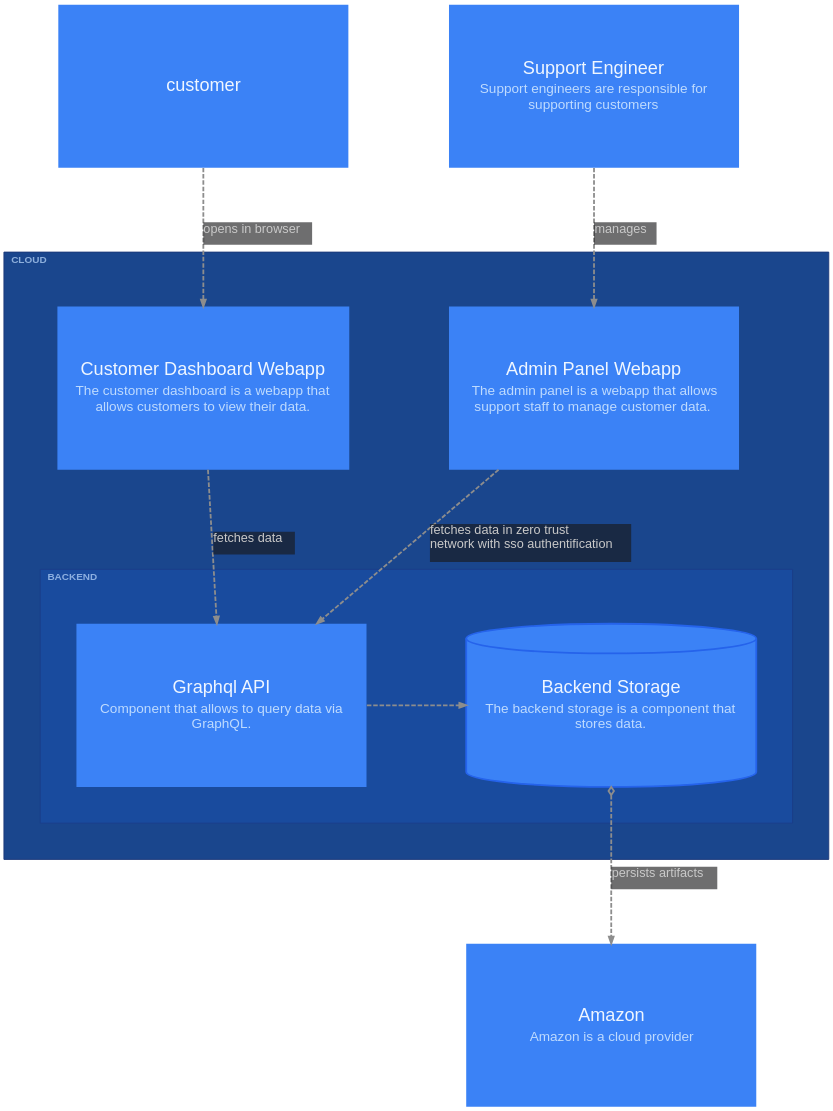
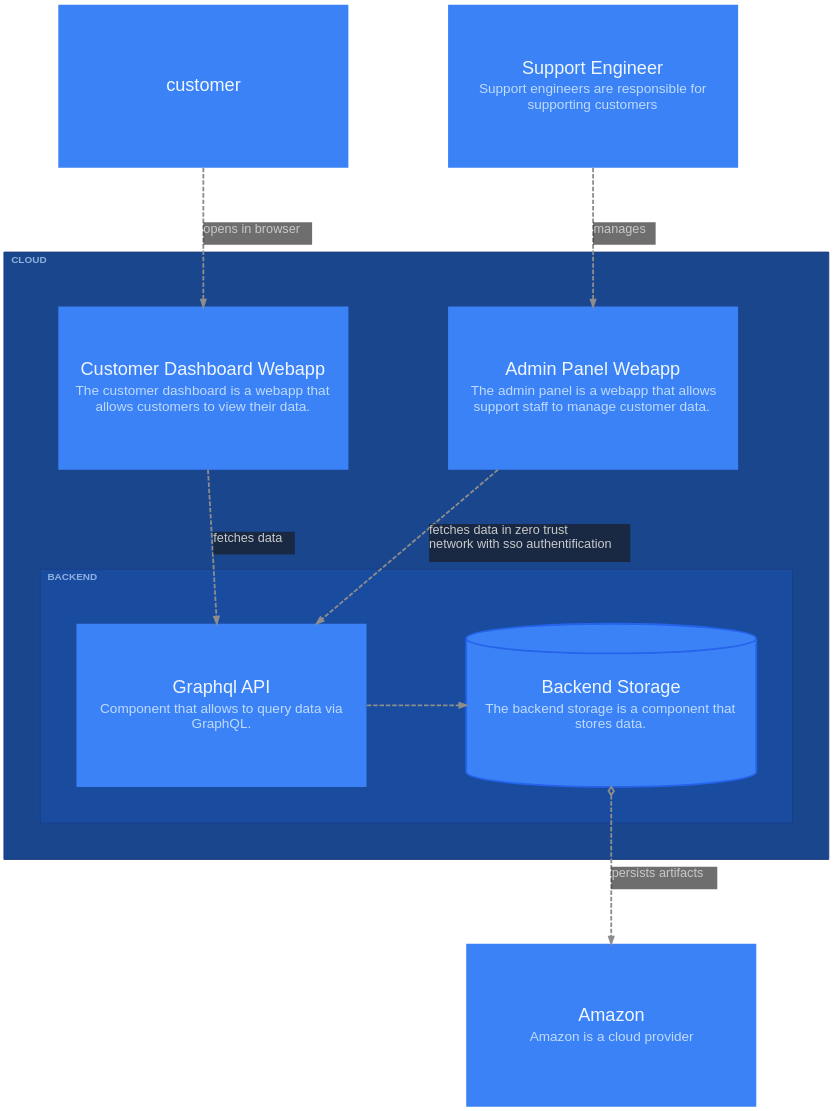
One commit to likec4/likec4 changed the diagram in packages/layouts/src/graphviz/__snapshots__/ElementViewPrinter-cloud3levels.dot. Above: the diagram before and after it, drawn with Graphviz. The commit also changed 19 other files, not shown here.

First line of the commit message:
feat: measure element nodes with the diagram font

```diff
--- a/packages/layouts/src/graphviz/__snapshots__/ElementViewPrinter-cloud3levels.dot
+++ b/packages/layouts/src/graphviz/__snapshots__/ElementViewPrinter-cloud3levels.dot
@@ -1,157 +1,164 @@
 digraph {
   likec4_viewId = "cloud3levels";
   bgcolor = "transparent";
   layout = "dot";
   compound = true;
   rankdir = "TB";
   TBbalance = "min";
   splines = "spline";
   outputorder = "nodesfirst";
   nodesep = 1.528;
   ranksep = 1.667;
   pad = 0.209;
   fontname = "Arial";
   graph [
     fontsize = 20;
     labeljust = "l";
     labelloc = "t";
     margin = 50.1;
   ];
   edge [
     arrowsize = 0.75;
     fontname = "Arial";
     fontsize = 14;
     penwidth = 2;
     color = "#8D8D8D";
     fontcolor = "#C9C9C9";
     style = "dashed";
   ];
   node [
     fontname = "Arial";
     shape = "rect";
     fillcolor = "#3b82f6";
     fontcolor = "#eff6ff";
     color = "#2563eb";
     style = "filled";
     penwidth = 0;
   ];
   "customer" [
     likec4_id = "customer";
     likec4_level = 0;
     label = <<FONT POINT-SIZE="20">customer</FONT>>;
     margin = "0.223,0.223";
     width = 4.445;
     height = 2.5;
+    fixedsize = true;
   ];
   "support" [
     likec4_id = "support";
     likec4_level = 0;
     label = <<TABLE BORDER="0" CELLPADDING="0" CELLSPACING="4"><TR><TD><FONT POINT-SIZE="20">Support Engineer</FONT></TD></TR><TR><TD><FONT POINT-SIZE="15" COLOR="#bfdbfe">Support engineers are responsible for<BR/>supporting customers</FONT></TD></TR></TABLE>>;
     margin = "0.223,0.223";
     width = 4.445;
     height = 2.5;
+    fixedsize = true;
   ];
   "dashboard" [
     likec4_id = "cloud.frontend.dashboard";
     likec4_level = 1;
     label = <<TABLE BORDER="0" CELLPADDING="0" CELLSPACING="4"><TR><TD><FONT POINT-SIZE="20">Customer Dashboard Webapp</FONT></TD></TR><TR><TD><FONT POINT-SIZE="15" COLOR="#bfdbfe">The customer dashboard is a webapp that<BR/>allows customers to view their data.</FONT></TD></TR></TABLE>>;
     margin = "0.223,0.223";
     width = 4.445;
     height = 2.5;
+    fixedsize = true;
     group = "cloud";
   ];
   "adminpanel" [
     likec4_id = "cloud.frontend.adminPanel";
     likec4_level = 1;
     label = <<TABLE BORDER="0" CELLPADDING="0" CELLSPACING="4"><TR><TD><FONT POINT-SIZE="20">Admin Panel Webapp</FONT></TD></TR><TR><TD><FONT POINT-SIZE="15" COLOR="#bfdbfe">The admin panel is a webapp that allows<BR/>support staff to manage customer data.</FONT></TD></TR></TABLE>>;
     margin = "0.223,0.223";
     width = 4.445;
     height = 2.5;
+    fixedsize = true;
     group = "cloud";
   ];
   "graphql" [
     likec4_id = "cloud.backend.graphql";
     likec4_level = 2;
     label = <<TABLE BORDER="0" CELLPADDING="0" CELLSPACING="4"><TR><TD><FONT POINT-SIZE="20">Graphql API</FONT></TD></TR><TR><TD><FONT POINT-SIZE="15" COLOR="#bfdbfe">Component that allows to query data via<BR/>GraphQL.</FONT></TD></TR></TABLE>>;
     margin = "0.223,0.223";
     width = 4.445;
     height = 2.5;
+    fixedsize = true;
     group = "cloud";
   ];
   "storage" [
     likec4_id = "cloud.backend.storage";
     likec4_level = 2;
     label = <<TABLE BORDER="0" CELLPADDING="0" CELLSPACING="4"><TR><TD><FONT POINT-SIZE="20">Backend Storage</FONT></TD></TR><TR><TD><FONT POINT-SIZE="15" COLOR="#bfdbfe">The backend storage is a component that<BR/>stores data.</FONT></TD></TR></TABLE>>;
     margin = "0.223,0";
     width = 4.445;
     height = 2.5;
+    fixedsize = true;
     penwidth = 2;
     shape = "cylinder";
     group = "cloud";
   ];
   "amazon" [
     likec4_id = "amazon";
     likec4_level = 0;
     label = <<TABLE BORDER="0" CELLPADDING="0" CELLSPACING="4"><TR><TD><FONT POINT-SIZE="20">Amazon</FONT></TD></TR><TR><TD><FONT POINT-SIZE="15" COLOR="#bfdbfe">Amazon is a cloud provider</FONT></TD></TR></TABLE>>;
     margin = "0.223,0.223";
     width = 4.445;
     height = 2.5;
+    fixedsize = true;
   ];
   subgraph "cluster_cloud" {
     likec4_id = "cloud";
     likec4_level = 0;
     likec4_depth = 2;
     fillcolor = "#1a468d";
     color = "#1c3979";
     style = "filled";
     margin = 40;
     label = <<FONT POINT-SIZE="11" COLOR="#bfdbfeb3"><B>CLOUD</B></FONT>>;
     "dashboard";
     "adminpanel";
     subgraph "cluster_backend" {
       likec4_id = "cloud.backend";
       likec4_level = 1;
       likec4_depth = 1;
       fillcolor = "#194b9e";
       color = "#1b3d88";
       style = "filled";
       margin = 40;
       label = <<FONT POINT-SIZE="11" COLOR="#bfdbfeb3"><B>BACKEND</B></FONT>>;
       "graphql";
       "storage";
     }
   }
   "customer" -> "dashboard" [
     likec4_id = "customer:cloud.frontend.dashboard";
     label = <<TABLE FIXEDSIZE="TRUE" WIDTH="120" HEIGHT="25" BORDER="0" CELLPADDING="0" CELLSPACING="0" BGCOLOR="#18191BA0"><TR><TD ALIGN="TEXT" BALIGN="LEFT"><FONT POINT-SIZE="14">opens in browser</FONT></TD></TR></TABLE>>;
     arrowhead = "normal";
   ];
   "support" -> "adminpanel" [
     likec4_id = "support:cloud.frontend.adminPanel";
     label = <<TABLE FIXEDSIZE="TRUE" WIDTH="69" HEIGHT="25" BORDER="0" CELLPADDING="0" CELLSPACING="0" BGCOLOR="#18191BA0"><TR><TD ALIGN="TEXT" BALIGN="LEFT"><FONT POINT-SIZE="14">manages</FONT></TD></TR></TABLE>>;
     arrowhead = "normal";
   ];
   "adminpanel" -> "graphql" [
     likec4_id = "cloud.frontend.adminPanel:cloud.backend.graphql";
     label = <<TABLE FIXEDSIZE="TRUE" WIDTH="222" HEIGHT="42" BORDER="0" CELLPADDING="0" CELLSPACING="0" BGCOLOR="#18191BA0"><TR><TD ALIGN="TEXT" BALIGN="LEFT"><FONT POINT-SIZE="14">fetches data in zero trust<BR/>network with sso authentification</FONT></TD></TR></TABLE>>;
     arrowhead = "normal";
   ];
   "dashboard" -> "graphql" [
     likec4_id = "cloud.frontend.dashboard:cloud.backend.graphql";
     label = <<TABLE FIXEDSIZE="TRUE" WIDTH="90" HEIGHT="25" BORDER="0" CELLPADDING="0" CELLSPACING="0" BGCOLOR="#18191BA0"><TR><TD ALIGN="TEXT" BALIGN="LEFT"><FONT POINT-SIZE="14">fetches data</FONT></TD></TR></TABLE>>;
     arrowhead = "normal";
   ];
   "storage" -> "amazon" [
     likec4_id = "cloud.backend.storage:amazon";
     label = <<TABLE FIXEDSIZE="TRUE" WIDTH="117" HEIGHT="25" BORDER="0" CELLPADDING="0" CELLSPACING="0" BGCOLOR="#18191BA0"><TR><TD ALIGN="TEXT" BALIGN="LEFT"><FONT POINT-SIZE="14">persists artifacts</FONT></TD></TR></TABLE>>;
     arrowhead = "normal";
     arrowtail = "odiamond";
     dir = "both";
   ];
   "graphql" -> "storage" [
     likec4_id = "cloud.backend.graphql:cloud.backend.storage";
     weight = 3;
     arrowhead = "normal";
     minlen = 0;
   ];
 }
```
